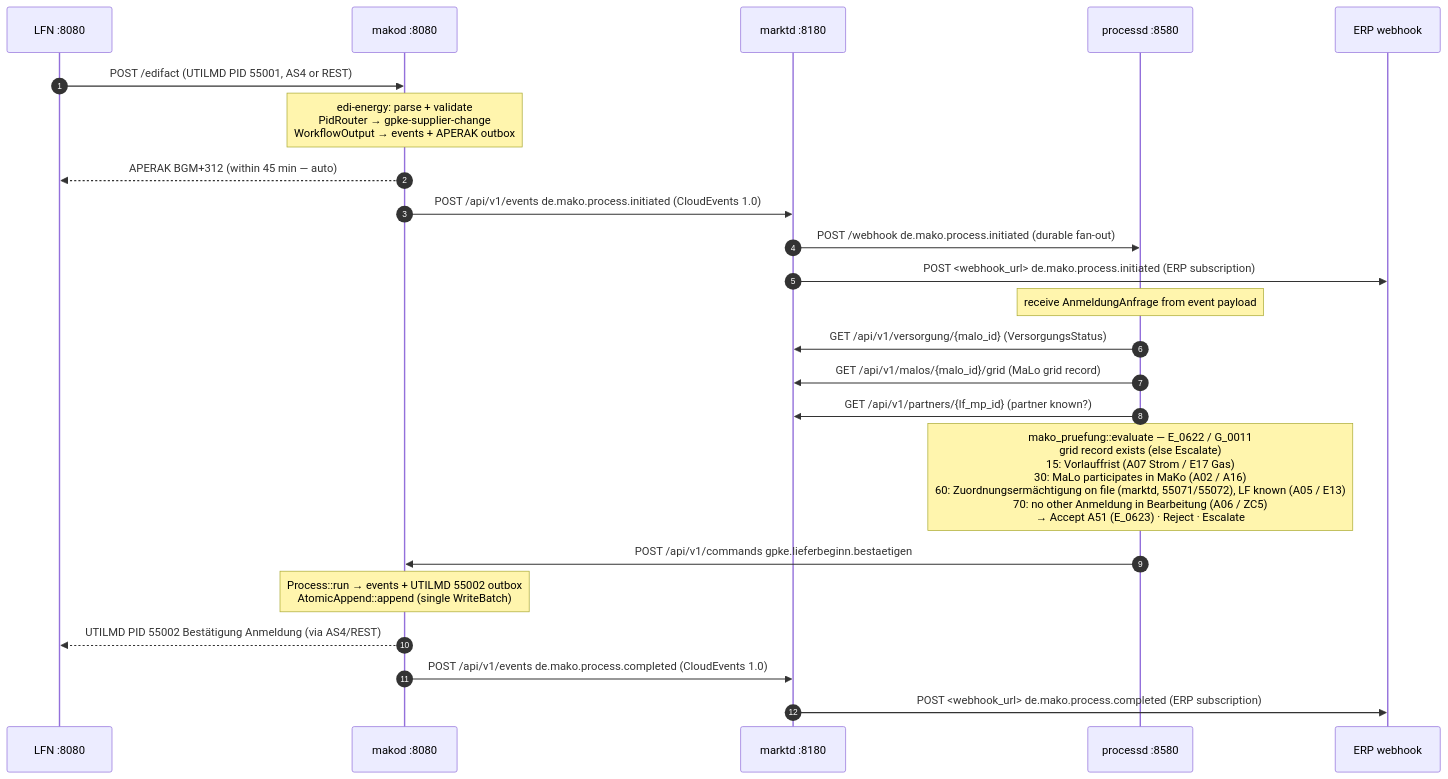
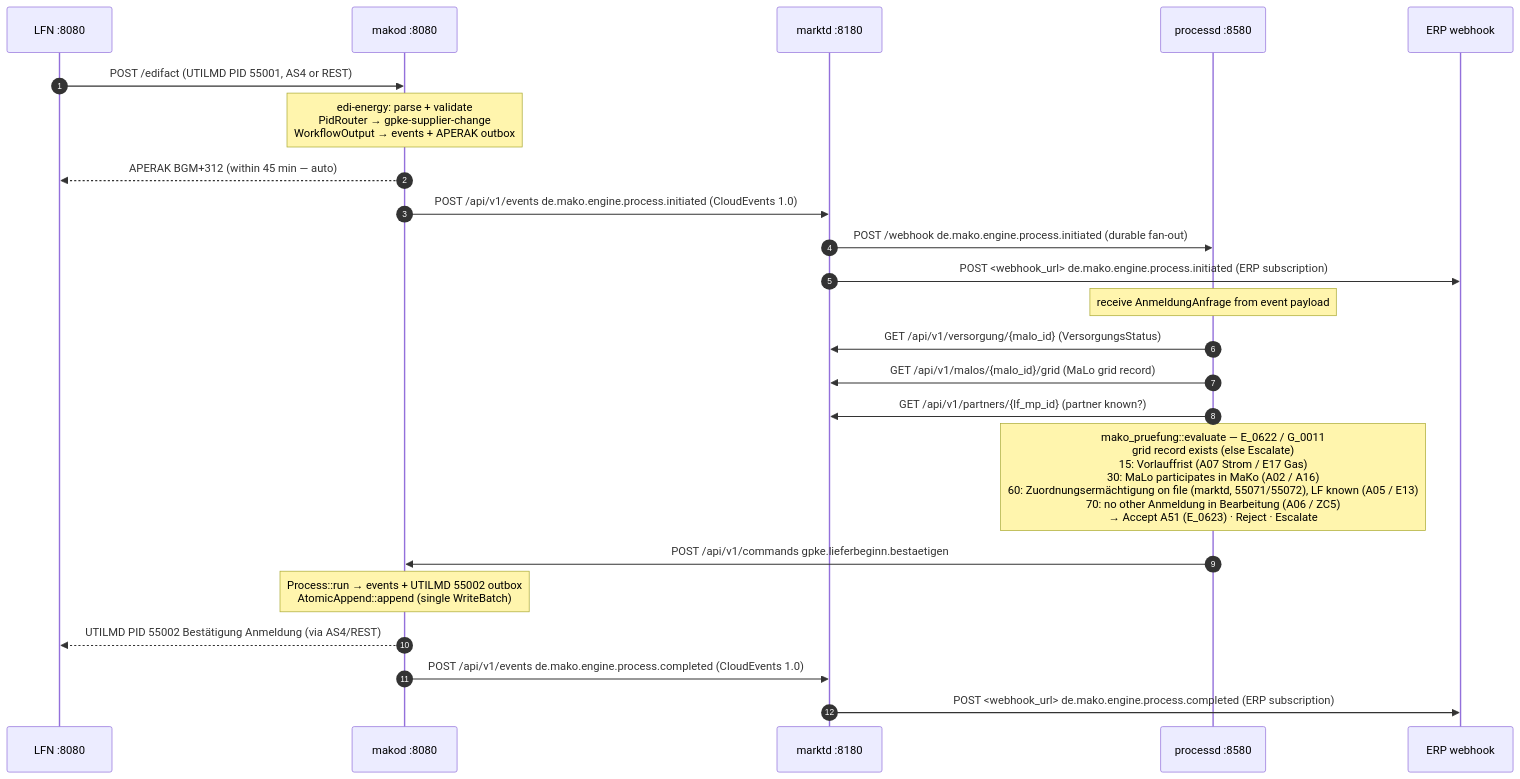
The fifth of 5 diagrams in site/content/docs/architecture/_index.md (hupe1980/mako), drawn with Mermaid before and after one commit. The commit also changed other lines of this file and 379 other files, not shown here.

````diff
--- a/site/content/docs/architecture/_index.md
+++ b/site/content/docs/architecture/_index.md
@@ -473,27 +473,27 @@
 ```mermaid
 sequenceDiagram
     autonumber
     participant LF as LFN :8080
     participant makod as makod :8080
     participant marktd as marktd :8180
     participant processd as processd :8580
     participant erp as ERP webhook
 
     LF->>makod: POST /edifact  (UTILMD PID 55001, AS4 or REST)
     Note over makod: edi-energy: parse + validate<br/>PidRouter → gpke-supplier-change<br/>WorkflowOutput → events + APERAK outbox
     makod-->>LF: APERAK BGM+312 (within 45 min — auto)
-    makod->>marktd: POST /api/v1/events  de.mako.process.initiated  (CloudEvents 1.0)
-    marktd->>processd: POST /webhook  de.mako.process.initiated  (durable fan-out)
-    marktd->>erp: POST <webhook_url>  de.mako.process.initiated  (ERP subscription)
+    makod->>marktd: POST /api/v1/events  de.mako.engine.process.initiated  (CloudEvents 1.0)
+    marktd->>processd: POST /webhook  de.mako.engine.process.initiated  (durable fan-out)
+    marktd->>erp: POST <webhook_url>  de.mako.engine.process.initiated  (ERP subscription)
 
     Note over processd: receive AnmeldungAnfrage from event payload
     processd->>marktd: GET /api/v1/versorgung/{malo_id}  (VersorgungsStatus)
     processd->>marktd: GET /api/v1/malos/{malo_id}/grid  (MaLo grid record)
     processd->>marktd: GET /api/v1/partners/{lf_mp_id}  (partner known?)
     Note over processd: mako_pruefung::evaluate — E_0622 / G_0011<br/>grid record exists (else Escalate)<br/>15: Vorlauffrist (A07 Strom / E17 Gas)<br/>30: MaLo participates in MaKo (A02 / A16)<br/>60: Zuordnungsermächtigung on file (marktd, 55071/55072), LF known (A05 / E13)<br/>70: no other Anmeldung in Bearbeitung (A06 / ZC5)<br/>→ Accept A51 (E_0623) · Reject · Escalate
     processd->>makod: POST /api/v1/commands  gpke.lieferbeginn.bestaetigen
     Note over makod: Process::run → events + UTILMD 55002 outbox<br/>AtomicAppend::append (single WriteBatch)
     makod-->>LF: UTILMD PID 55002 Bestätigung Anmeldung (via AS4/REST)
-    makod->>marktd: POST /api/v1/events  de.mako.process.completed  (CloudEvents 1.0)
-    marktd->>erp: POST <webhook_url>  de.mako.process.completed  (ERP subscription)
+    makod->>marktd: POST /api/v1/events  de.mako.engine.process.completed  (CloudEvents 1.0)
+    marktd->>erp: POST <webhook_url>  de.mako.engine.process.completed  (ERP subscription)
 ```
````
